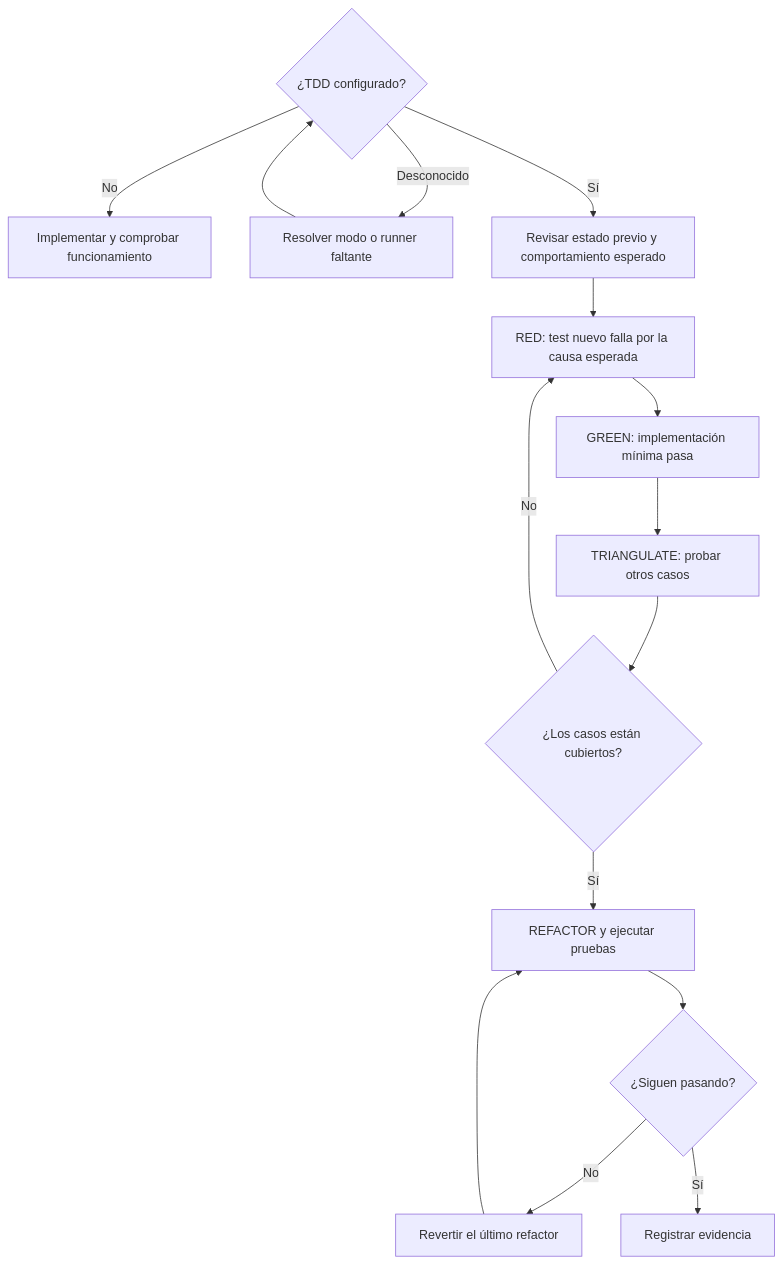
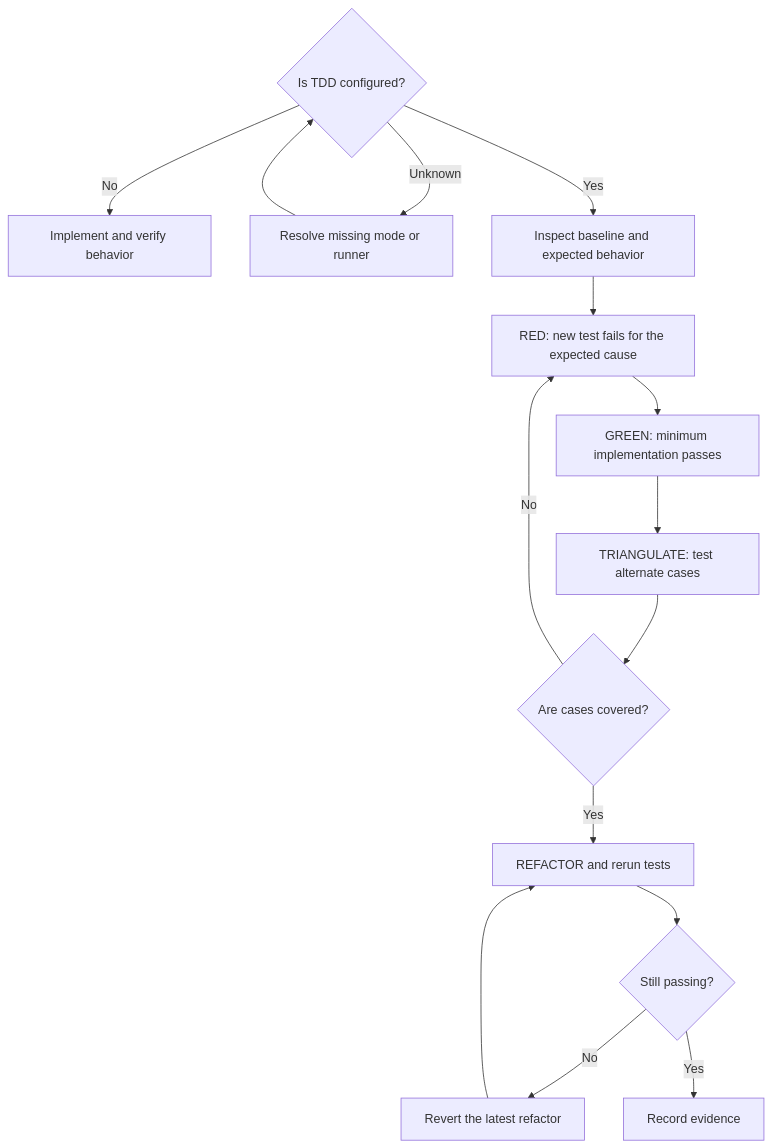
One commit to Maicololiveras/flugo-gentle changed the third of 5 diagrams in docs/GENTLE_ODD_TDD_RDD_GUIDE.md. Above: the diagram before and after it, drawn with Mermaid. The commit also changed other lines of this file and 9 other files, not shown here.

````diff
--- a/docs/GENTLE_ODD_TDD_RDD_GUIDE.md
+++ b/docs/GENTLE_ODD_TDD_RDD_GUIDE.md
@@ -102,17 +106,17 @@
 ```mermaid
 flowchart TD
-    A{¿TDD configurado?} -->|No| B[Implementar y comprobar funcionamiento]
-    A -->|Desconocido| C[Resolver modo o runner faltante]
+    A{Is TDD configured?} -->|No| B[Implement and verify behavior]
+    A -->|Unknown| C[Resolve missing mode or runner]
     C --> A
-    A -->|Sí| D[Revisar estado previo y comportamiento esperado]
-    D --> E[RED: test nuevo falla por la causa esperada]
-    E --> F[GREEN: implementación mínima pasa]
-    F --> G[TRIANGULATE: probar otros casos]
-    G --> H{¿Los casos están cubiertos?}
+    A -->|Yes| D[Inspect baseline and expected behavior]
+    D --> E[RED: new test fails for the expected cause]
+    E --> F[GREEN: minimum implementation passes]
+    F --> G[TRIANGULATE: test alternate cases]
+    G --> H{Are cases covered?}
     H -->|No| E
-    H -->|Sí| I[REFACTOR y ejecutar pruebas]
-    I --> J{¿Siguen pasando?}
-    J -->|No| K[Revertir el último refactor]
+    H -->|Yes| I[REFACTOR and rerun tests]
+    I --> J{Still passing?}
+    J -->|No| K[Revert the latest refactor]
     K --> I
-    J -->|Sí| L[Registrar evidencia]
+    J -->|Yes| L[Record evidence]
 ```
````
